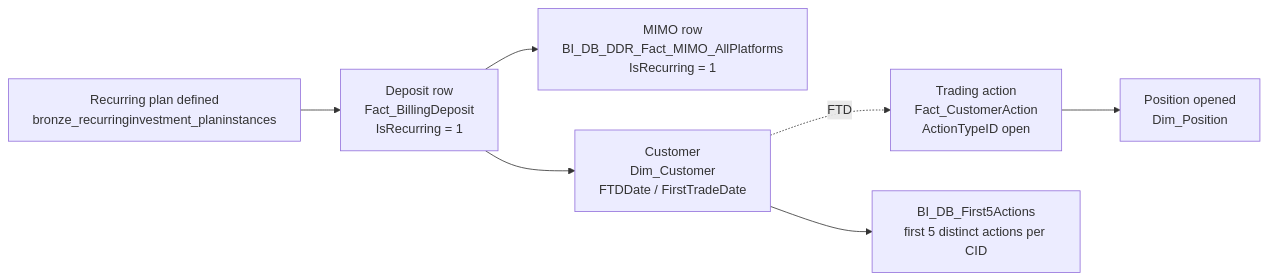
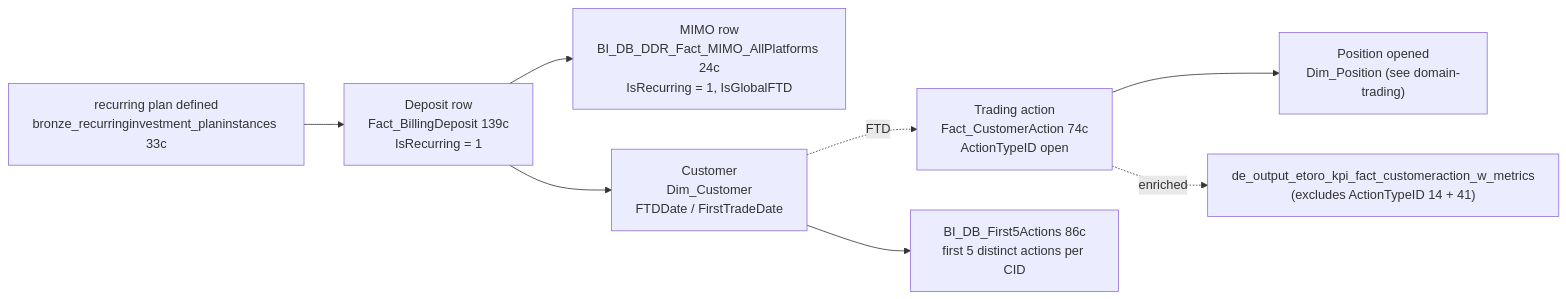
The diagram in knowledge/skills/domain-cross/recurring-deposit-to-trade.md (guyman-tr/Databricks_Knowledge), drawn with Mermaid before and after one commit. The commit also changed other lines of this file and 4 other files, not shown here.

````diff
--- a/knowledge/skills/domain-cross/recurring-deposit-to-trade.md
+++ b/knowledge/skills/domain-cross/recurring-deposit-to-trade.md
@@ -45,15 +102,17 @@
 ```mermaid
 graph LR
-    Plan[Recurring plan defined<br/>bronze_recurringinvestment_planinstances]
-    Dep[Deposit row<br/>Fact_BillingDeposit<br/>IsRecurring = 1]
-    DepMimo[MIMO row<br/>BI_DB_DDR_Fact_MIMO_AllPlatforms<br/>IsRecurring = 1]
-    Cust[Customer<br/>Dim_Customer<br/>FTDDate / FirstTradeDate]
-    Action[Trading action<br/>Fact_CustomerAction<br/>ActionTypeID open]
-    Pos[Position opened<br/>Dim_Position]
-    First5[BI_DB_First5Actions<br/>first 5 distinct actions per CID]
+    Plan["recurring plan defined<br/>bronze_recurringinvestment_planinstances 33c"]
+    Dep["Deposit row<br/>Fact_BillingDeposit 139c<br/>IsRecurring = 1"]
+    DepMimo["MIMO row<br/>BI_DB_DDR_Fact_MIMO_AllPlatforms 24c<br/>IsRecurring = 1, IsGlobalFTD"]
+    Cust["Customer<br/>Dim_Customer<br/>FTDDate / FirstTradeDate"]
+    Action["Trading action<br/>Fact_CustomerAction 74c<br/>ActionTypeID open"]
+    Pos["Position opened<br/>Dim_Position (see domain-trading)"]
+    First5["BI_DB_First5Actions 86c<br/>first 5 distinct actions per CID"]
+    WMetrics["de_output_etoro_kpi_fact_customeraction_w_metrics<br/>(excludes ActionTypeID 14 + 41)"]
 
     Plan --> Dep --> DepMimo
     Dep --> Cust
     Cust -.FTD.-> Action --> Pos
     Cust --> First5
+    Action -.enriched.-> WMetrics
 ```
````
